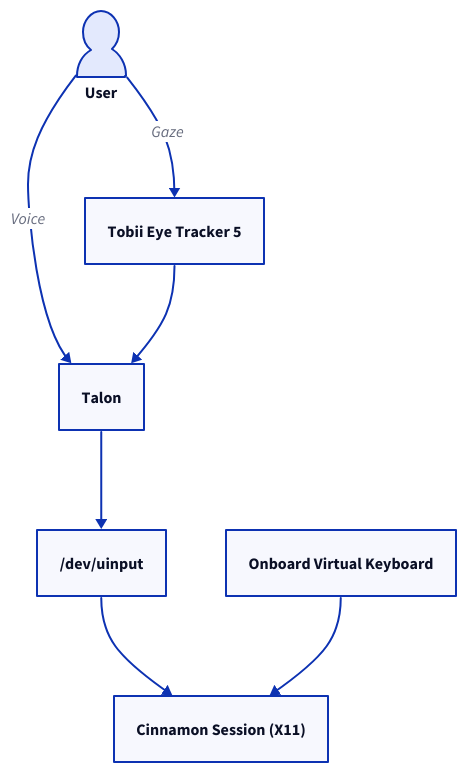
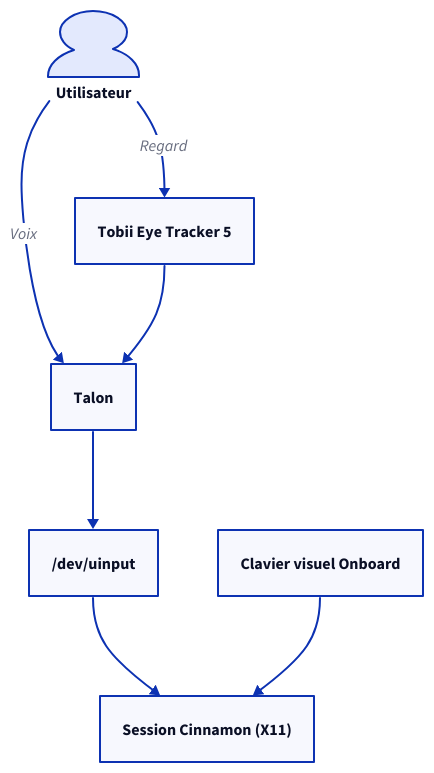
Before and after one commit to darkone-linux/dnf-doc: the diagram in src/content/docs/en/doc/admin-guide/operate/accessibility.mdx, drawn with D2. The commit also changed other lines of this file and 5 other files, not shown here.

````diff
--- a/src/content/docs/en/doc/admin-guide/operate/accessibility.mdx
+++ b/src/content/docs/en/doc/admin-guide/operate/accessibility.mdx
@@ -30,18 +31,18 @@
 ```d2
 style.fill: transparent
 direction: down
 
-user: User { shape: person }
+user: Utilisateur { shape: person }
 tracker: Tobii Eye Tracker 5
 talon: Talon
 uinput: /dev/uinput
-session: Cinnamon Session (X11)
-onboard: Onboard Virtual Keyboard
+session: Session Cinnamon (X11)
+onboard: Clavier visuel Onboard
 
-user -> tracker: Gaze
-user -> talon: Voice
+user -> tracker: Regard
+user -> talon: Voix
 tracker -> talon
 talon -> uinput
 uinput -> session
 onboard -> session
 ```
````
